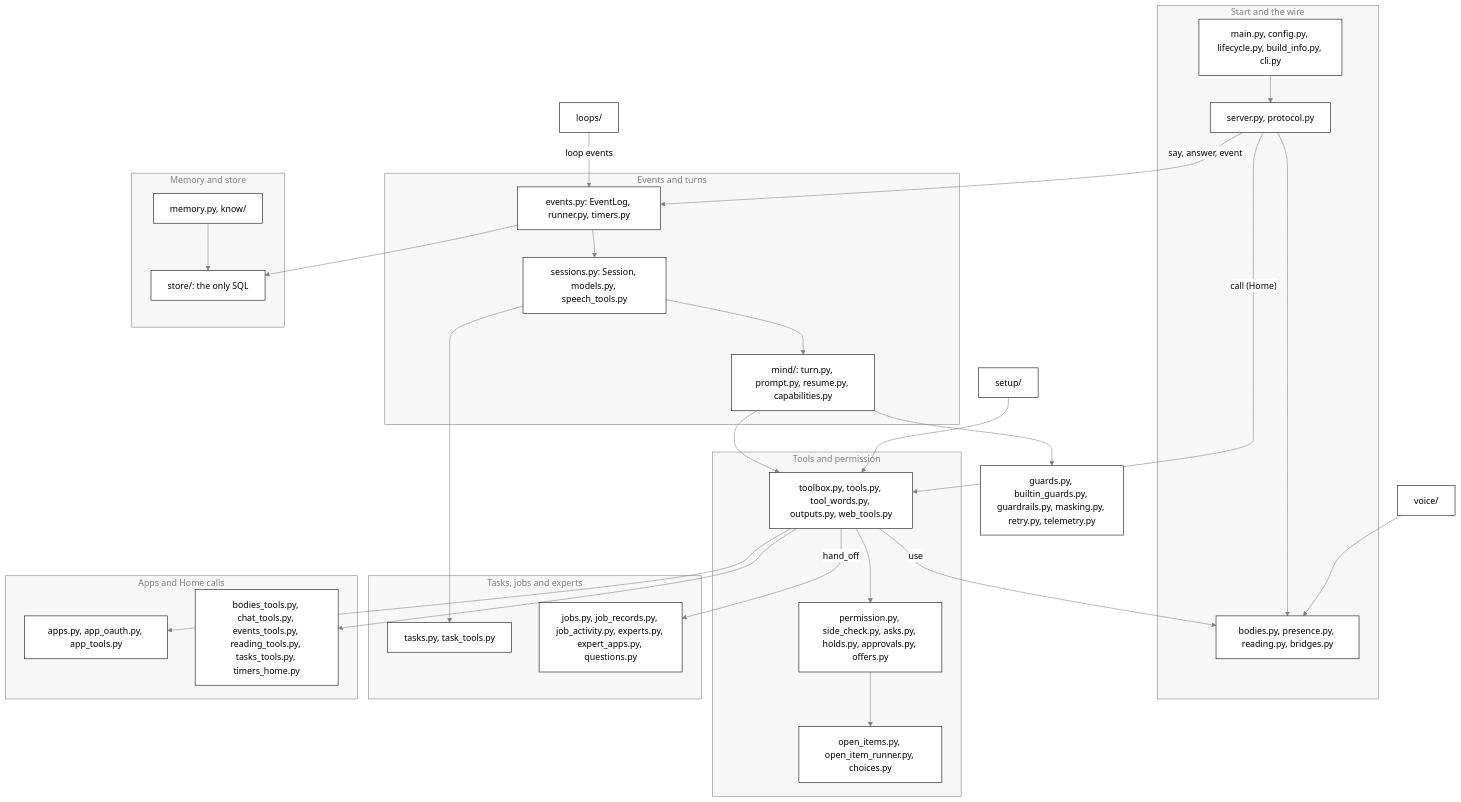
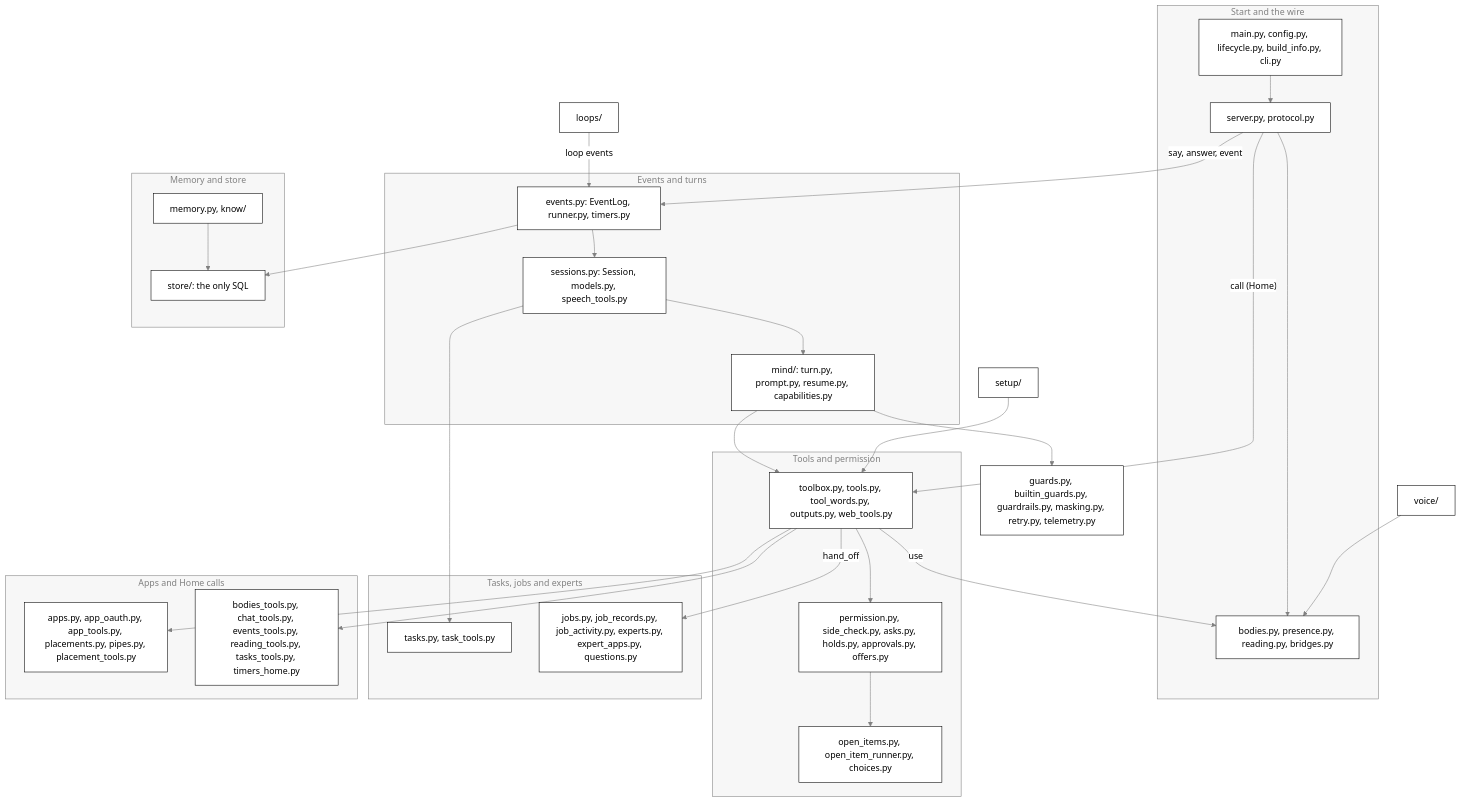
Before and after one commit to nadeem4/tagalong: the first of 4 diagrams in docs/brain/README.md, drawn with Mermaid. The commit also changed other lines of this file and 30 other files, not shown here.

````diff
--- a/docs/brain/README.md
+++ b/docs/brain/README.md
@@ -99,55 +99,55 @@
 ```mermaid
 %%{init: {"theme": "base", "themeVariables": {"primaryColor": "#ffffff", "primaryTextColor": "#000000", "primaryBorderColor": "#000000", "lineColor": "#808080", "arrowheadColor": "#808080", "secondaryColor": "#f2f2f2", "tertiaryColor": "#ffffff", "clusterBkg": "#f7f7f7", "clusterBorder": "#808080", "edgeLabelBackground": "#ffffff", "titleColor": "#808080", "actorBkg": "#ffffff", "actorBorder": "#000000", "actorTextColor": "#000000", "actorLineColor": "#808080", "signalColor": "#808080", "signalTextColor": "#808080", "sequenceNumberColor": "#ffffff", "labelBoxBkgColor": "#ffffff", "labelBoxBorderColor": "#808080", "labelTextColor": "#000000", "loopTextColor": "#808080", "noteBkgColor": "#f7f7f7", "noteBorderColor": "#808080", "noteTextColor": "#000000", "activationBkgColor": "#f7f7f7", "activationBorderColor": "#808080", "fontFamily": "Segoe UI, Helvetica, Arial, sans-serif"}, "themeCSS": ".relationshipLabelBox{opacity:1} .relationshipLabelBox rect{opacity:1}"}}%%
 flowchart TD
   subgraph wire["Start and the wire"]
     main["main.py, config.py, lifecycle.py, build_info.py, cli.py"]
     server["server.py, protocol.py"]
     bodies["bodies.py, presence.py, reading.py, bridges.py"]
   end
   subgraph turns["Events and turns"]
     events["events.py: EventLog, runner.py, timers.py"]
     session["sessions.py: Session, models.py, speech_tools.py"]
     mind["mind/: turn.py, prompt.py, resume.py, capabilities.py"]
   end
   subgraph gate["Tools and permission"]
     toolbox["toolbox.py, tools.py, tool_words.py, outputs.py, web_tools.py"]
     permission["permission.py, side_check.py, asks.py, holds.py, approvals.py, offers.py"]
     items["open_items.py, open_item_runner.py, choices.py"]
   end
   subgraph work["Tasks, jobs and experts"]
     tasks["tasks.py, task_tools.py"]
     jobs["jobs.py, job_records.py, job_activity.py, experts.py, expert_apps.py, questions.py"]
   end
   subgraph homecalls["Apps and Home calls"]
-    apps["apps.py, app_oauth.py, app_tools.py"]
+    apps["apps.py, app_oauth.py, app_tools.py, placements.py, pipes.py, placement_tools.py"]
     home["bodies_tools.py, chat_tools.py, events_tools.py, reading_tools.py, tasks_tools.py, timers_home.py"]
   end
   subgraph keep["Memory and store"]
     memory["memory.py, know/"]
     store["store/: the only SQL"]
   end
   guards["guards.py, builtin_guards.py, guardrails.py, masking.py, retry.py, telemetry.py"]
   setup["setup/"]
   loops["loops/"]
   voice["voice/"]
   main --> server
   server --> bodies
   server -->|"say, answer, event"| events
   server -->|"call (Home)"| toolbox
   events --> session
   session --> mind
   session --> tasks
   mind --> guards
   mind --> toolbox
   toolbox --> permission
   permission --> items
   toolbox -->|"use"| bodies
   toolbox --> apps
   toolbox --> home
   toolbox -->|"hand_off"| jobs
   memory --> store
   events --> store
   loops -->|"loop events"| events
   setup --> toolbox
   voice --> bodies
 ```
````
